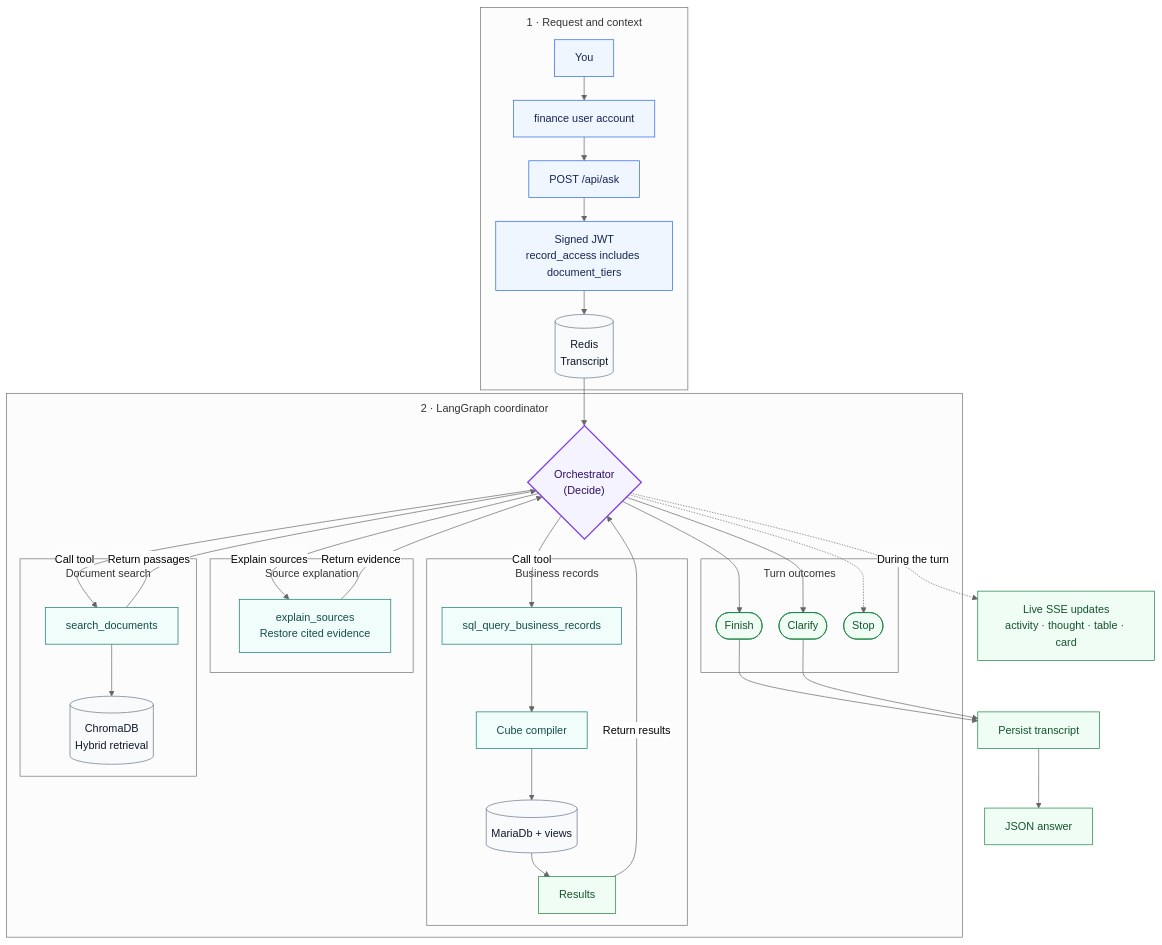
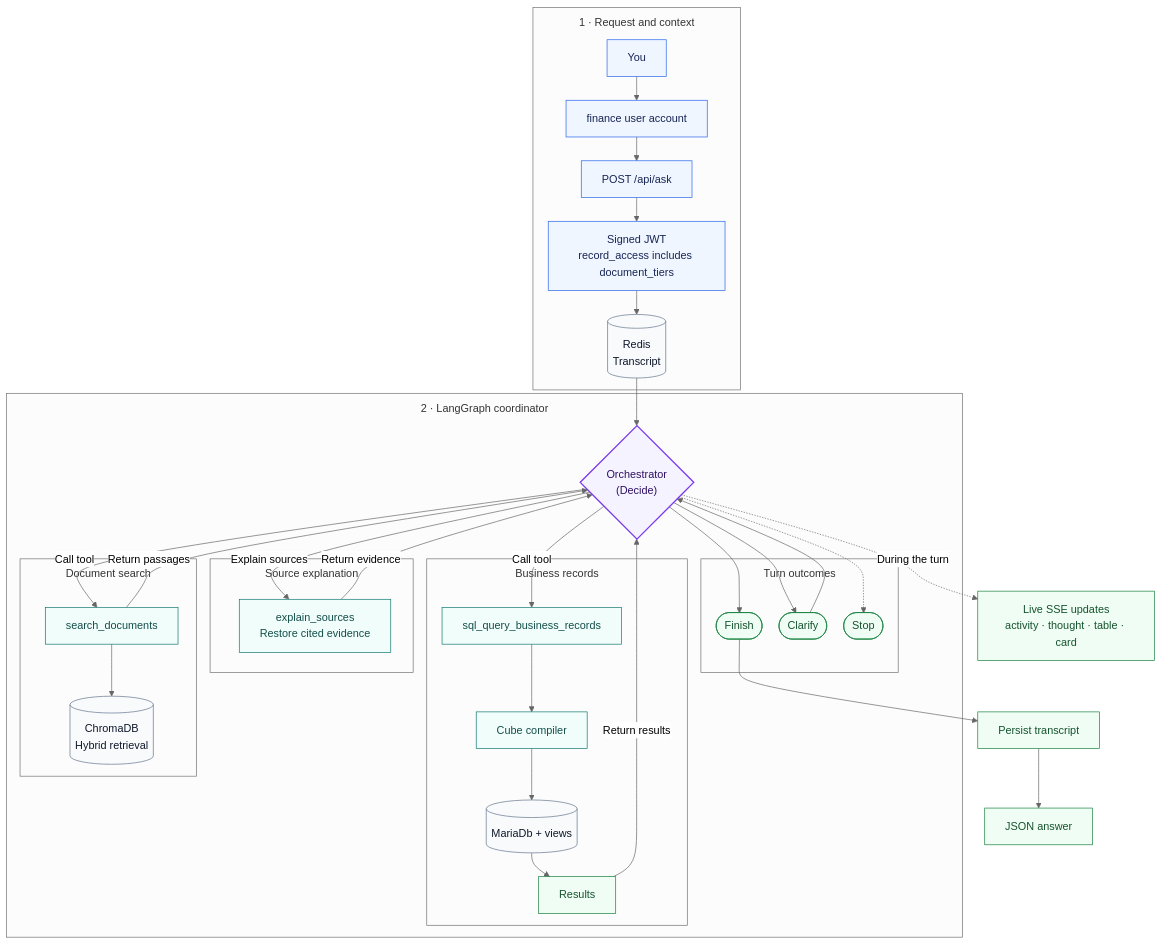
One commit to abhaloo/mcp-assistant-demo changed the first of 2 diagrams in README.md. Above: the diagram before and after it, drawn with Mermaid.

Commit message:
docs: loop Clarify back to Orchestrator in architecture diagram

````diff
--- a/README.md
+++ b/README.md
@@ -17,71 +17,71 @@
 ```mermaid
 %%{init: {'theme': 'neutral', 'flowchart': {'nodeSpacing': 25, 'rankSpacing': 35, 'subGraphTitleMargin': {'top': 10, 'bottom': 20}}}}%%
 flowchart TB
   subgraph request["1 · Request and context"]
     you["You"] --> recCtx["finance user account"]
     recCtx --> api["POST /api/ask"]
     api --> jwt["Signed JWT<br/>record_access includes document_tiers"]
     jwt --> redis[("Redis<br/>Transcript")]
   end
 
   subgraph lg["2 · LangGraph coordinator"]
     decide{"Orchestrator<br/>(Decide)"}
 
     subgraph bqLine["Business records"]
       bqTool["sql_query_business_records"]
       cube["Cube compiler"]
       maria[("MariaDb + views")]
       results["Results"]
       bqTool --> cube --> maria --> results
     end
 
     subgraph docLine["Document search"]
       docTool["search_documents"]
       chroma[("ChromaDB<br/>Hybrid retrieval")]
       docTool --> chroma
     end
 
     subgraph sourceLine["Source explanation"]
       explain["explain_sources<br/>Restore cited evidence"]
     end
 
     decide -->|Call tool| bqTool
     decide -->|Call tool| docTool
     decide -->|Explain sources| explain
     results -->|Return results| decide
     docTool -->|Return passages| decide
     explain -->|Return evidence| decide
 
     subgraph outcomes["Turn outcomes"]
       finish(["Finish"])
       clarify(["Clarify"])
       stop(["Stop"])
     end
     decide --> finish
     decide --> clarify
     decide -.-> stop
   end
 
   redis --> decide
 
   %% Response: streaming updates and the final answer
     sse["Live SSE updates<br/>activity · thought · table · card"]
     persist["Persist transcript"]
     json["JSON answer"]
     persist --> json
 
   decide -.->|During the turn| sse
   finish --> persist
-  clarify --> persist
+  clarify --> decide
 
   classDef entry fill:#eff6ff,stroke:#2563eb,color:#172554
   classDef coordinator fill:#f5f3ff,stroke:#7c3aed,color:#2e1065,stroke-width:2px
   classDef tool fill:#f0fdfa,stroke:#0f766e,color:#134e4a
   classDef storage fill:#f8fafc,stroke:#64748b,color:#0f172a
   classDef output fill:#f0fdf4,stroke:#15803d,color:#14532d
   class you,recCtx,api,jwt entry
   class decide coordinator
   class bqTool,docTool,explain,cube tool
   class redis,maria,chroma storage
   class finish,clarify,stop,sse,persist,json,results output
 ```
````
